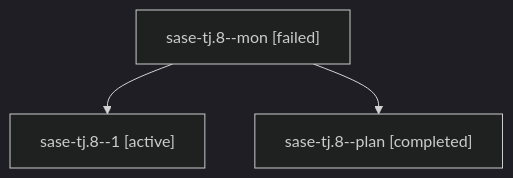
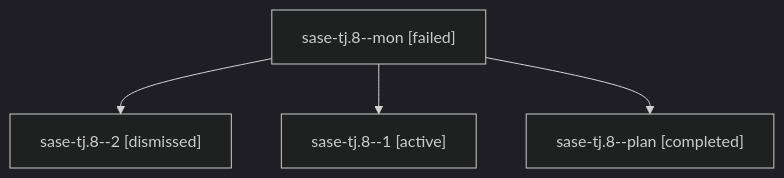
Before and after one commit to sase-org/sase--agents: the diagram in families/bbugyi200.athena.sase-tj.8.md, drawn with Mermaid (dark theme). The commit also changed other lines of this file and 103 other files, not shown here.

````diff
--- a/families/bbugyi200.athena.sase-tj.8.md
+++ b/families/bbugyi200.athena.sase-tj.8.md
@@ -9,8 +9,10 @@
 ```mermaid
 flowchart TD
   n0["sase-tj.8--mon [failed]"]
-  n1["sase-tj.8--1 [active]"]
+  n1["sase-tj.8--2 [dismissed]"]
   n0 --> n1
-  n2["sase-tj.8--plan [completed]"]
+  n2["sase-tj.8--1 [active]"]
   n0 --> n2
+  n3["sase-tj.8--plan [completed]"]
+  n0 --> n3
 ```
````
